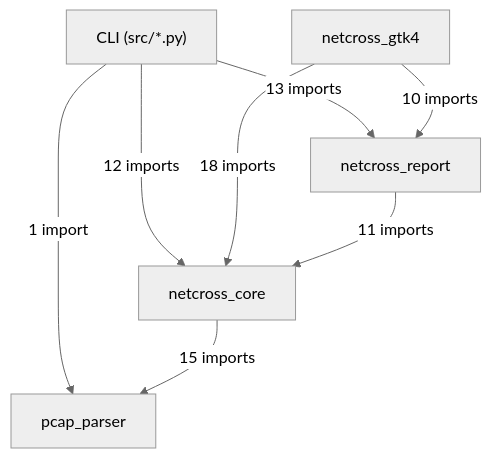
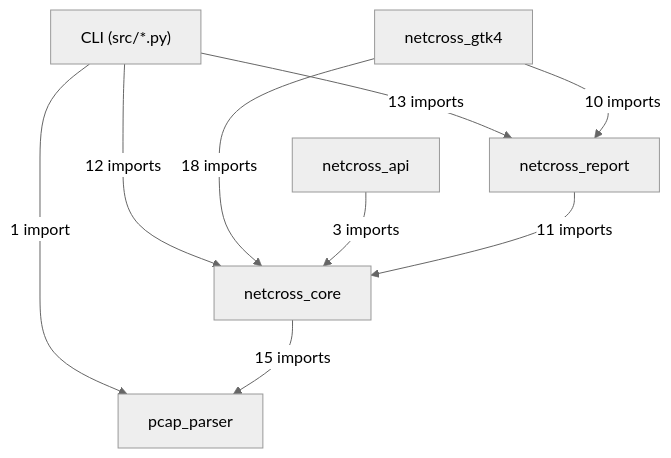
Before and after one commit to MathildeDec/Netcross: the first of 15 diagrams in docs/class-diagram.md, drawn with Mermaid (neutral theme). The commit also changed other lines of this file and 2 other files, not shown here.

First line of the commit message:
fix: noqa E402 pour generate_openapi.py + netcross_api dans LAYER_ORDER

````diff
--- a/docs/class-diagram.md
+++ b/docs/class-diagram.md
@@ -26,15 +26,17 @@
 ```mermaid
 flowchart TD
     CLI["CLI (src/*.py)"]
     netcross_gtk4["netcross_gtk4"]
+    netcross_api["netcross_api"]
     netcross_report["netcross_report"]
     netcross_core["netcross_core"]
     pcap_parser["pcap_parser"]
     CLI -->|"13 imports"| netcross_report
     CLI -->|"12 imports"| netcross_core
     CLI -->|"1 import"| pcap_parser
     netcross_gtk4 -->|"10 imports"| netcross_report
     netcross_gtk4 -->|"18 imports"| netcross_core
+    netcross_api -->|"3 imports"| netcross_core
     netcross_report -->|"11 imports"| netcross_core
     netcross_core -->|"15 imports"| pcap_parser
 ```
````
